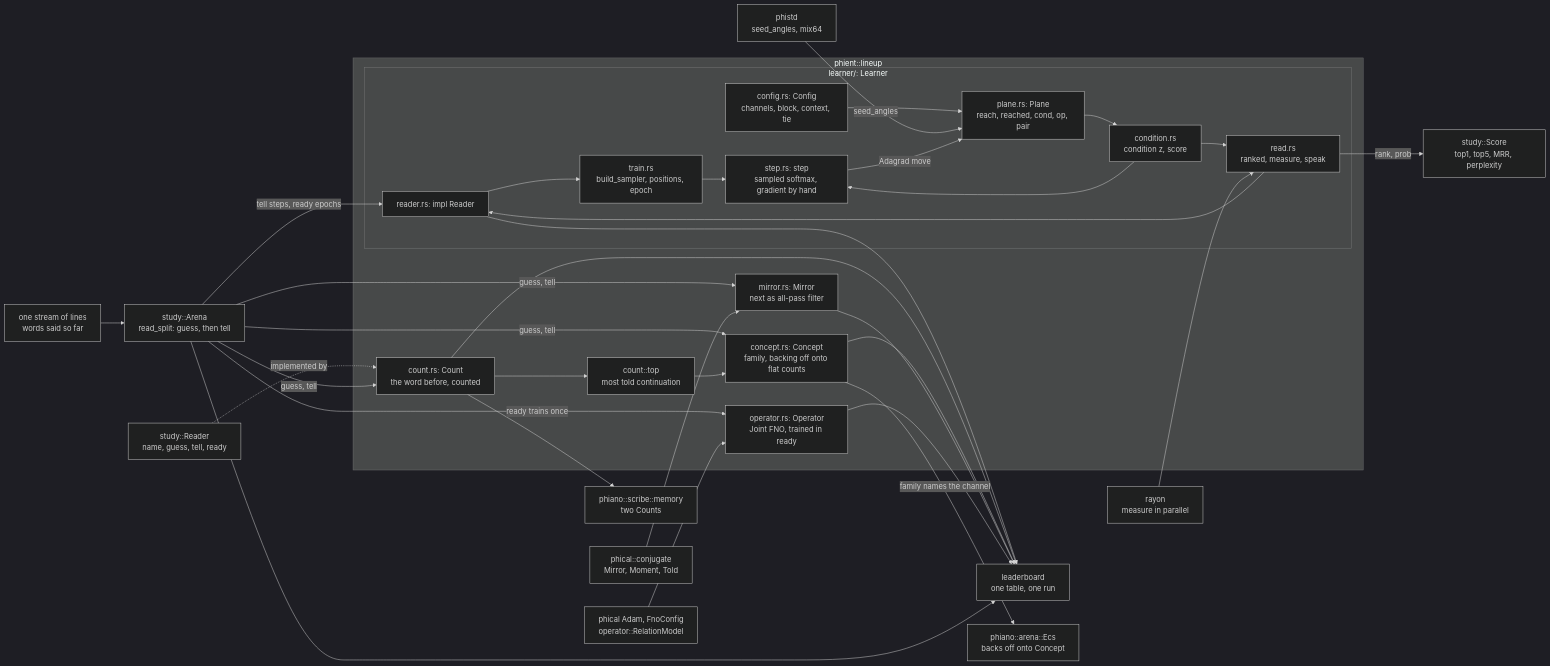
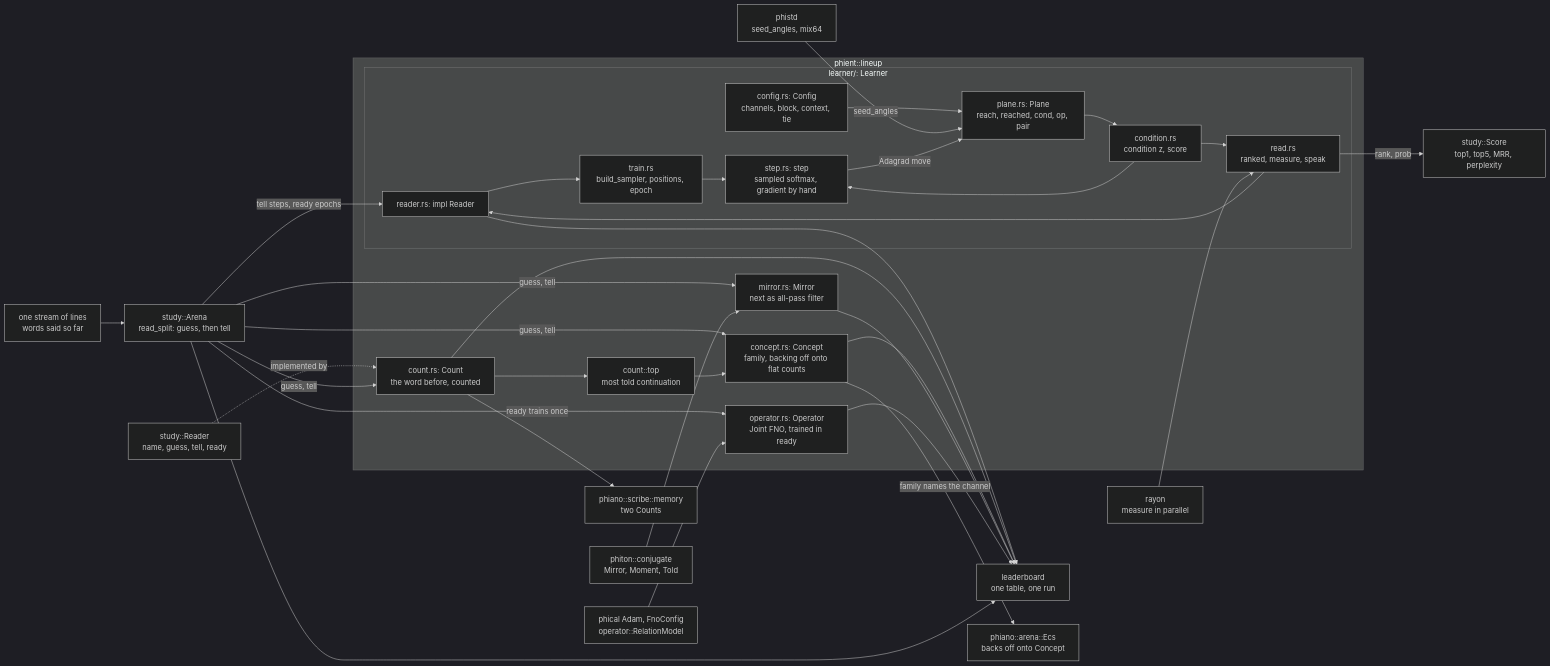
One commit to gemphi/phinet changed the diagram in docs/phient/lineup.md. Above: the diagram before and after it, drawn with Mermaid (dark theme). The commit also changed 105 other files, not shown here.

````diff
--- a/docs/phient/lineup.md
+++ b/docs/phient/lineup.md
@@ -3,63 +3,63 @@
 ```mermaid
 graph LR
     Stream["one stream of lines<br/>words said so far"]
     Study["study::Arena<br/>read_split: guess, then tell"]
     ReaderT["study::Reader<br/>name, guess, tell, ready"]
-    Phical["phical::conjugate<br/>Mirror, Moment, Told"]
+    Phical["phiton::conjugate<br/>Mirror, Moment, Told"]
     Fno["phical Adam, FnoConfig<br/>operator::RelationModel"]
     Phistd["phistd<br/>seed_angles, mix64"]
     Rayon["rayon<br/>measure in parallel"]
     ScoreT["study::Score<br/>top1, top5, MRR, perplexity"]
 
     subgraph lineup["phient::lineup"]
         Count["count.rs: Count<br/>the word before, counted"]
         Top["count::top<br/>most told continuation"]
         Concept["concept.rs: Concept<br/>family, backing off onto flat counts"]
         Mirror["mirror.rs: Mirror<br/>next as all-pass filter"]
         Operator["operator.rs: Operator<br/>Joint FNO, trained in ready"]
         subgraph learner["learner/: Learner"]
             LConfig["config.rs: Config<br/>channels, block, context, tie"]
             Plane["plane.rs: Plane<br/>reach, reached, cond, op, pair"]
             Condition["condition.rs<br/>condition z, score"]
             Step["step.rs: step<br/>sampled softmax, gradient by hand"]
             Train["train.rs<br/>build_sampler, positions, epoch"]
             Read["read.rs<br/>ranked, measure, speak"]
             LReader["reader.rs: impl Reader"]
         end
     end
 
     Board["leaderboard<br/>one table, one run"]
     Ecs["phiano::arena::Ecs<br/>backs off onto Concept"]
     Scribe["phiano::scribe::memory<br/>two Counts"]
 
     Stream --> Study
     ReaderT -.->|"implemented by"| Count
     Study -->|"guess, tell"| Count
     Study -->|"guess, tell"| Concept
     Study -->|"guess, tell"| Mirror
     Study -->|"ready trains once"| Operator
     Study -->|"tell steps, ready epochs"| LReader
     Count --> Top
     Top --> Concept
     Concept -->|"family names the channel"| Ecs
     Phical --> Mirror
     Fno --> Operator
     LConfig --> Plane
     Phistd -->|"seed_angles"| Plane
     LReader --> Train
     Train --> Step
     Plane --> Condition
     Condition --> Step
     Step -->|"Adagrad move"| Plane
     Condition --> Read
     Rayon --> Read
     Read -->|"rank, prob"| ScoreT
     Read --> LReader
     Count --> Board
     Concept --> Board
     Mirror --> Board
     Operator --> Board
     LReader --> Board
     Study --> Board
     Count --> Scribe
 ```
````
